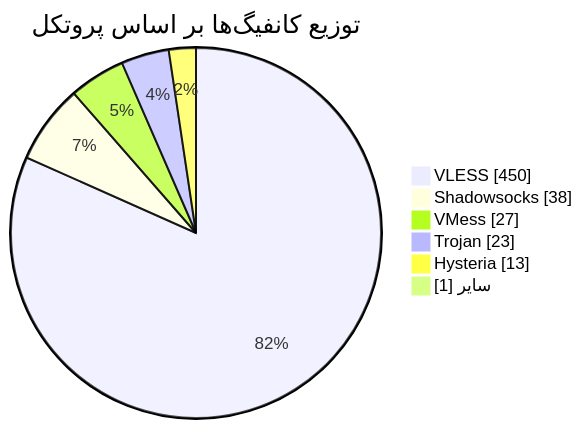
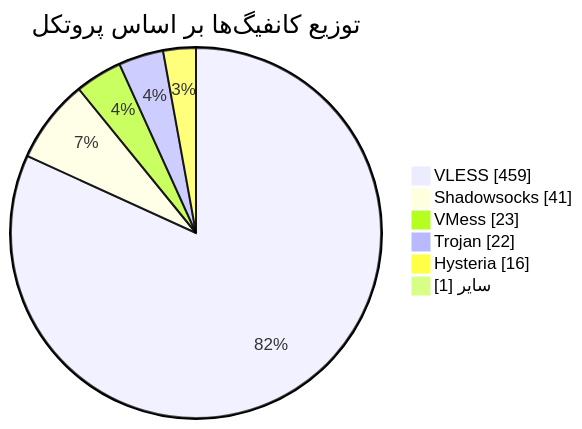
One commit to Arian-Alijani/Somthing changed the diagram in README.md. Above: the diagram before and after it, drawn with Mermaid. The commit also changed other lines of this file and 73 other files, not shown here.

````diff
--- a/README.md
+++ b/README.md
@@ -48,10 +48,10 @@
 ```mermaid
 pie showData
     title توزیع کانفیگ‌ها بر اساس پروتکل
-    "VLESS" : 450
-    "Shadowsocks" : 38
-    "VMess" : 27
-    "Trojan" : 23
-    "Hysteria" : 13
+    "VLESS" : 459
+    "Shadowsocks" : 41
+    "VMess" : 23
+    "Trojan" : 22
+    "Hysteria" : 16
     "سایر" : 1
 ```
````
